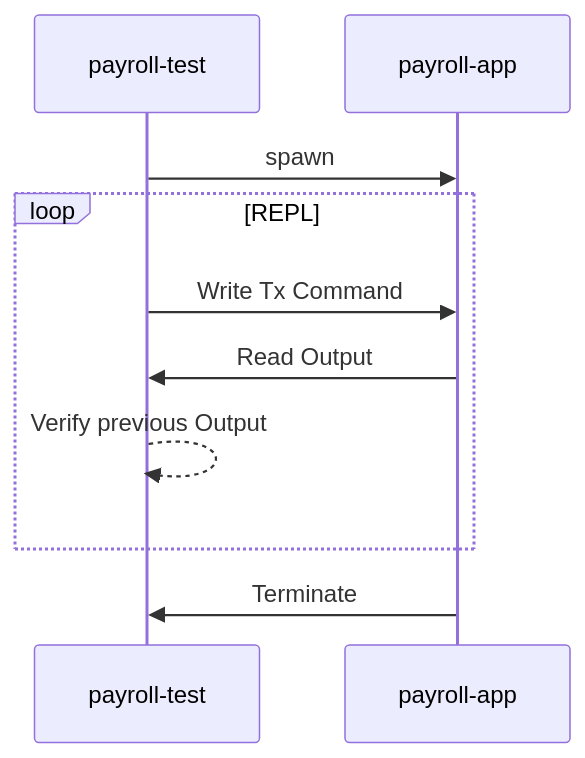
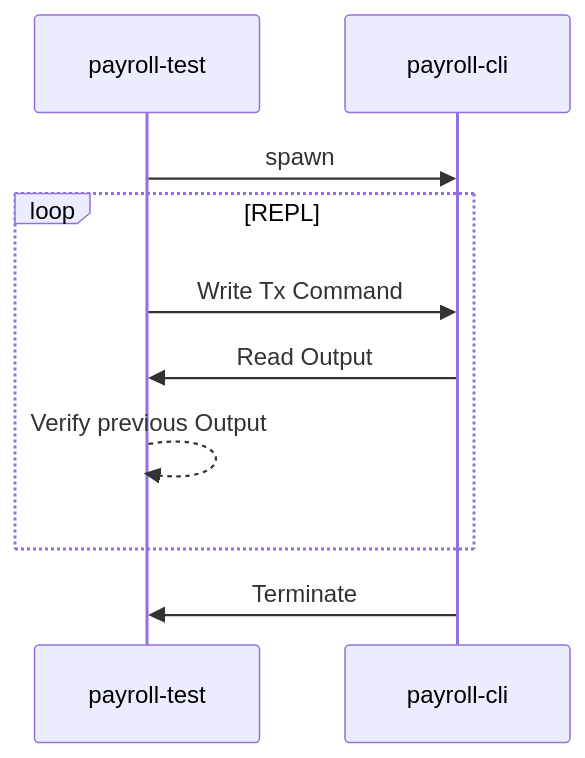
The diagram in payroll-test/README.md (cutsea110/payroll), drawn with Mermaid before and after one commit. The commit also changed other lines of this file and 1 other file, not shown here.

````diff
--- a/payroll-test/README.md
+++ b/payroll-test/README.md
@@ -25,13 +25,13 @@
 ```mermaid
 sequenceDiagram
     participant PayrollTest as payroll-test
-    participant PayrollApp as payroll-app
+    participant PayrollCli as payroll-cli
 
-    PayrollTest->>PayrollApp: spawn
+    PayrollTest->>PayrollCli: spawn
     loop REPL
-        PayrollTest->>PayrollApp: Write Tx Command
-        PayrollApp->>PayrollTest: Read Output
+        PayrollTest->>PayrollCli: Write Tx Command
+        PayrollCli->>PayrollTest: Read Output
         PayrollTest-->>PayrollTest: Verify previous Output
     end
-    PayrollApp->>PayrollTest: Terminate
+    PayrollCli->>PayrollTest: Terminate
 ```
````
